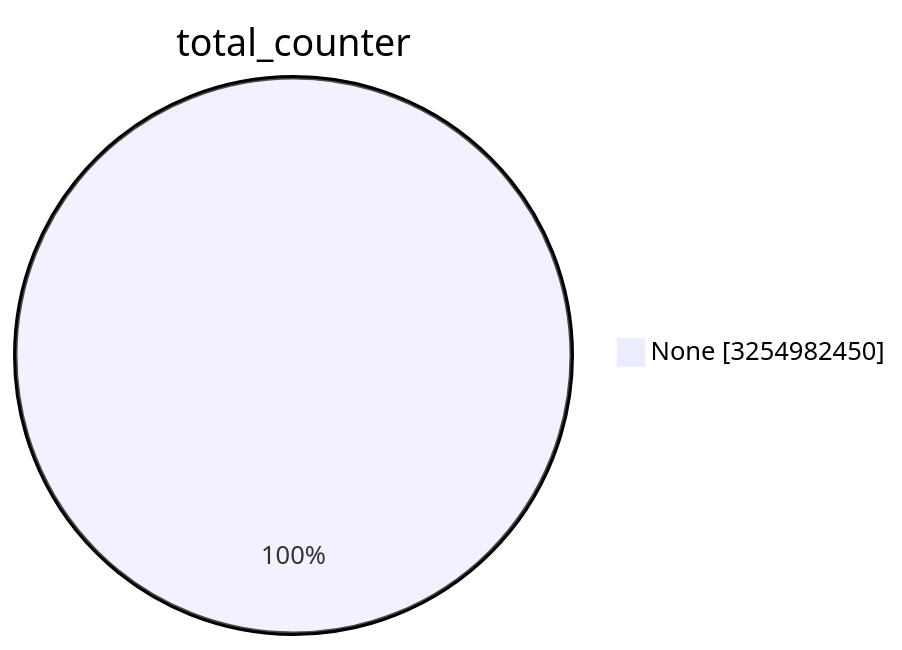
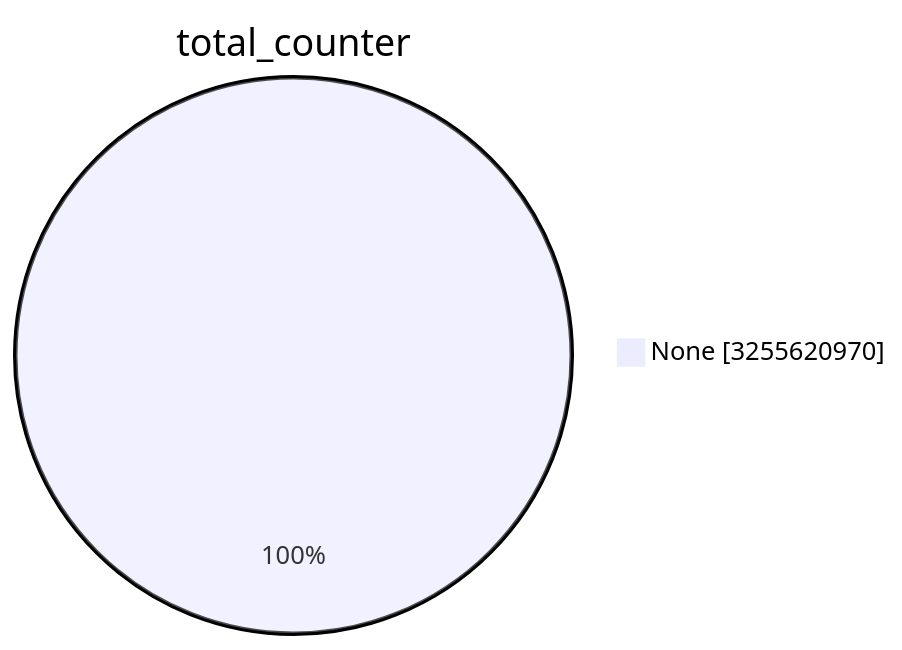
Before and after one commit to christiankrug/ctmonitor_visualization: the first of 15 diagrams in TOTAL/README.md, drawn with Mermaid. The commit also changed other lines of this file, not shown here.

````diff
--- a/TOTAL/README.md
+++ b/TOTAL/README.md
@@ -1,5 +1,5 @@
 ```mermaid
 pie showData
 title total_counter
-"None" :3254982450
+"None" :3255620970
 ```
````
